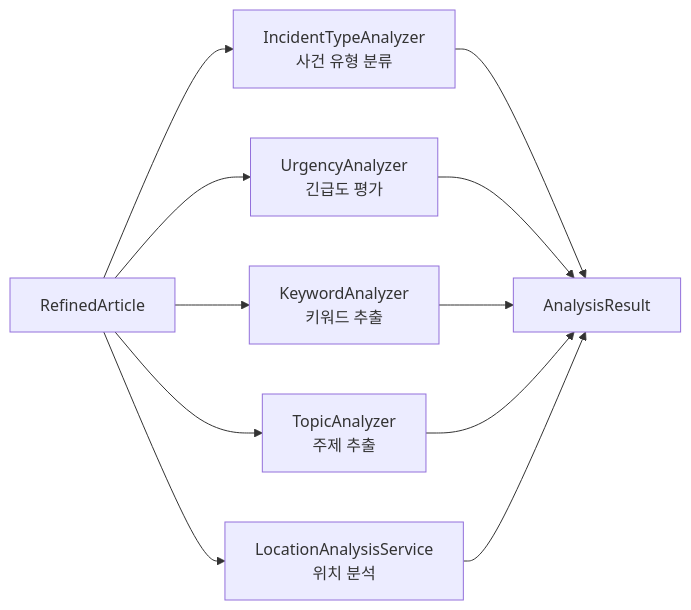
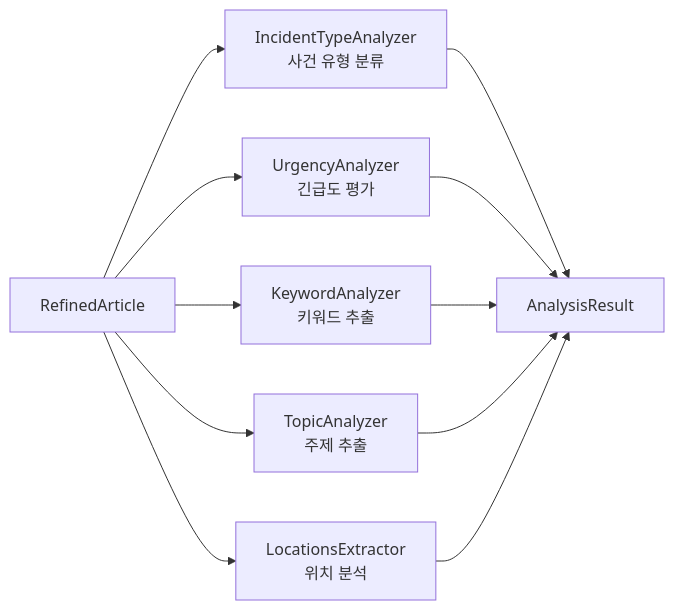
The second of 4 diagrams in analyzer/README.md (vonkernel/local-incident-tracker), drawn with Mermaid before and after one commit. The commit also changed other lines of this file and 162 other files, not shown here.

First line of the commit message:
Refactor package structure to hexagonal architecture conventions (#13)

````diff
--- a/analyzer/README.md
+++ b/analyzer/README.md
@@ -76,14 +76,14 @@
 ```mermaid
 flowchart LR
     RA[RefinedArticle] --> A1[IncidentTypeAnalyzer<br/>사건 유형 분류]
     RA --> A2[UrgencyAnalyzer<br/>긴급도 평가]
     RA --> A3[KeywordAnalyzer<br/>키워드 추출]
     RA --> A4[TopicAnalyzer<br/>주제 추출]
-    RA --> A5[LocationAnalysisService<br/>위치 분석]
+    RA --> A5[LocationsExtractor<br/>위치 분석]
 
     A1 --> R["AnalysisResult"]
     A2 --> R
     A3 --> R
     A4 --> R
     A5 --> R
 ```
````
